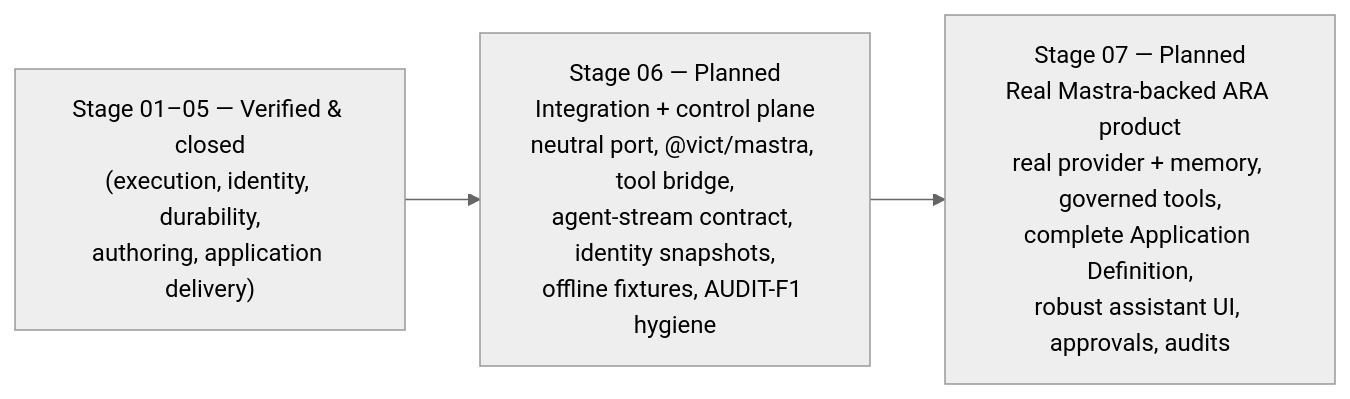
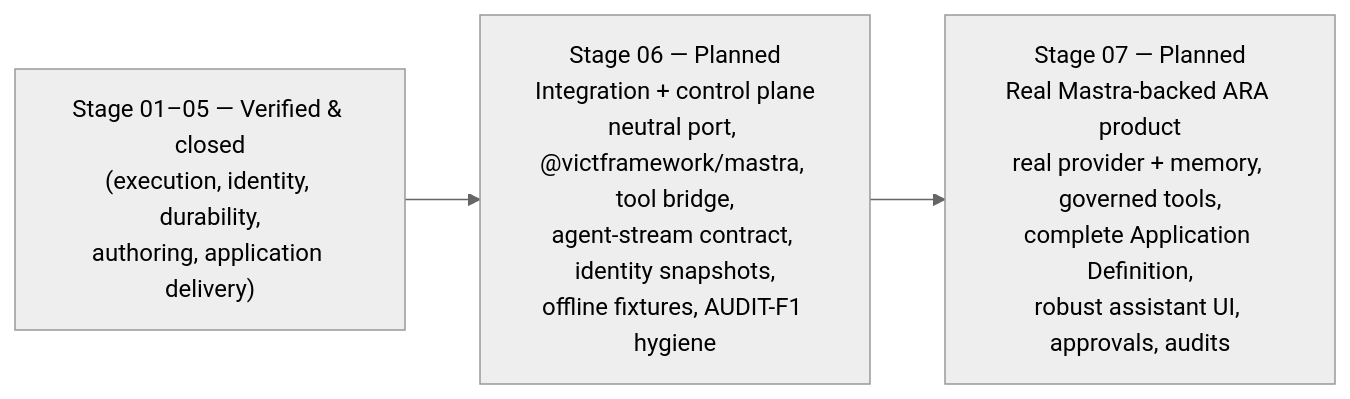
One commit to radz2291/vict-02 changed the fourth of 4 diagrams in docs/architecture/MASTRA-ARA-INTEGRATION.md. Above: the diagram before and after it, drawn with Mermaid (neutral theme). The commit also changed other lines of this file and 11 other files, not shown here.

````diff
--- a/docs/architecture/MASTRA-ARA-INTEGRATION.md
+++ b/docs/architecture/MASTRA-ARA-INTEGRATION.md
@@ -1151,5 +1151,5 @@
 ```mermaid
 flowchart LR
-    S5["Stage 01–05 — Verified & closed\n(execution, identity, durability,\nauthoring, application delivery)"] --> S6["Stage 06 — Planned\nIntegration + control plane\nneutral port, @vict/mastra, tool bridge,\nagent-stream contract, identity snapshots,\noffline fixtures, AUDIT-F1 hygiene"]
+    S5["Stage 01–05 — Verified & closed\n(execution, identity, durability,\nauthoring, application delivery)"] --> S6["Stage 06 — Planned\nIntegration + control plane\nneutral port, @victframework/mastra, tool bridge,\nagent-stream contract, identity snapshots,\noffline fixtures, AUDIT-F1 hygiene"]
     S6 --> S7["Stage 07 — Planned\nReal Mastra-backed ARA product\nreal provider + memory, governed tools,\ncomplete Application Definition,\nrobust assistant UI, approvals, audits"]
 ```
````
